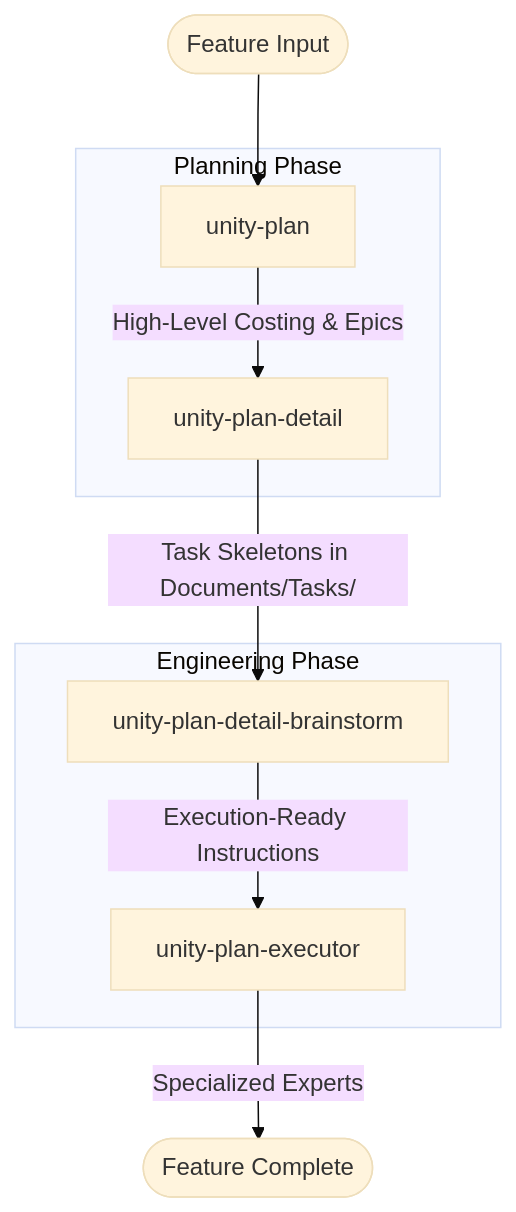
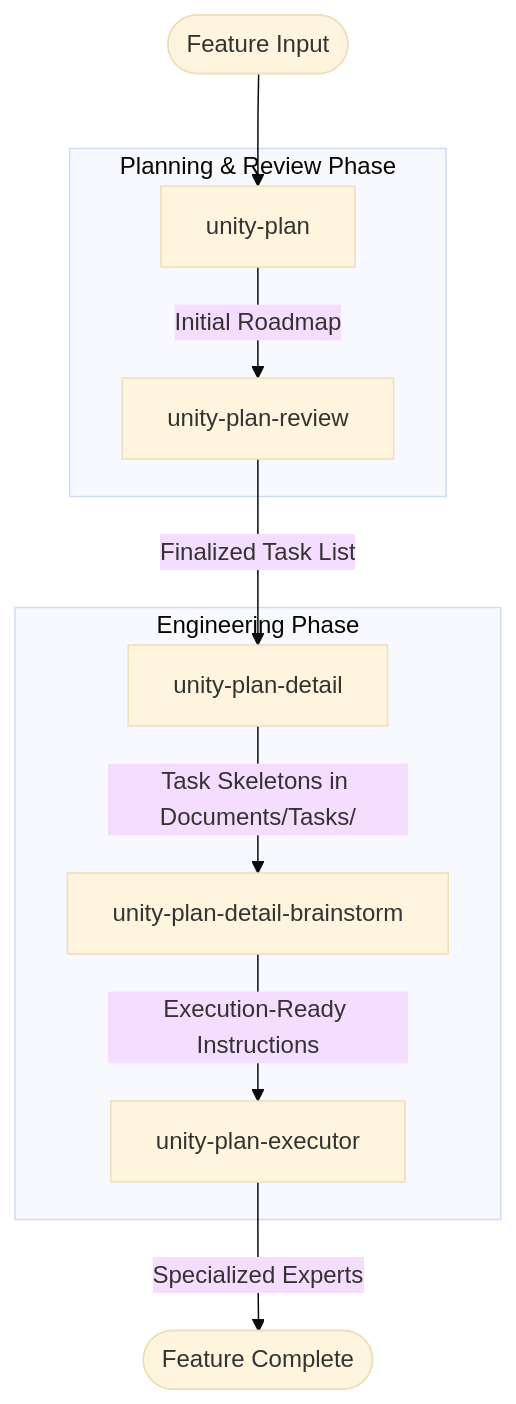
One commit to cuozg/oh-my-unity changed the diagram in README.md. Above: the diagram before and after it, drawn with Mermaid (base theme). The commit also changed other lines of this file and 3 other files, not shown here.

Commit message:
add plan review

````diff
--- a/README.md
+++ b/README.md
@@ -31,18 +31,20 @@
 ```mermaid
 graph TD
     Input([Feature Input]) --> Plan[unity-plan]
-    Plan -->|High-Level Costing & Epics| Detail[unity-plan-detail]
+    Plan -->|Initial Roadmap| Review[unity-plan-review]
+    Review -->|Finalized Task List| Detail[unity-plan-detail]
     Detail -->|Task Skeletons in Documents/Tasks/| Brainstorm[unity-plan-detail-brainstorm]
     Brainstorm -->|Execution-Ready Instructions| Executor[unity-plan-executor]
     Executor -->|Specialized Experts| Done([Feature Complete])
 
-    subgraph "Planning Phase"
+    subgraph "Planning & Review Phase"
     Plan
-    Detail
+    Review
     end
 
     subgraph "Engineering Phase"
+    Detail
     Brainstorm
     Executor
     end
 ```
````
